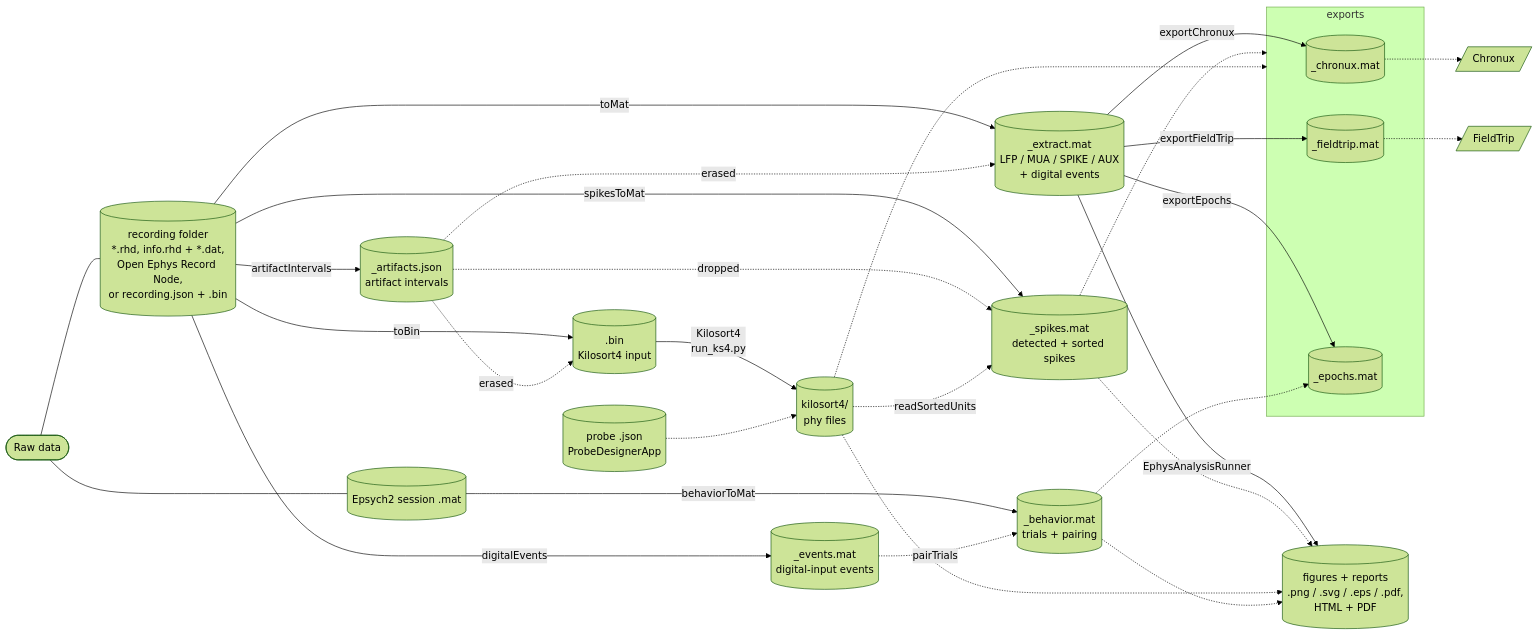
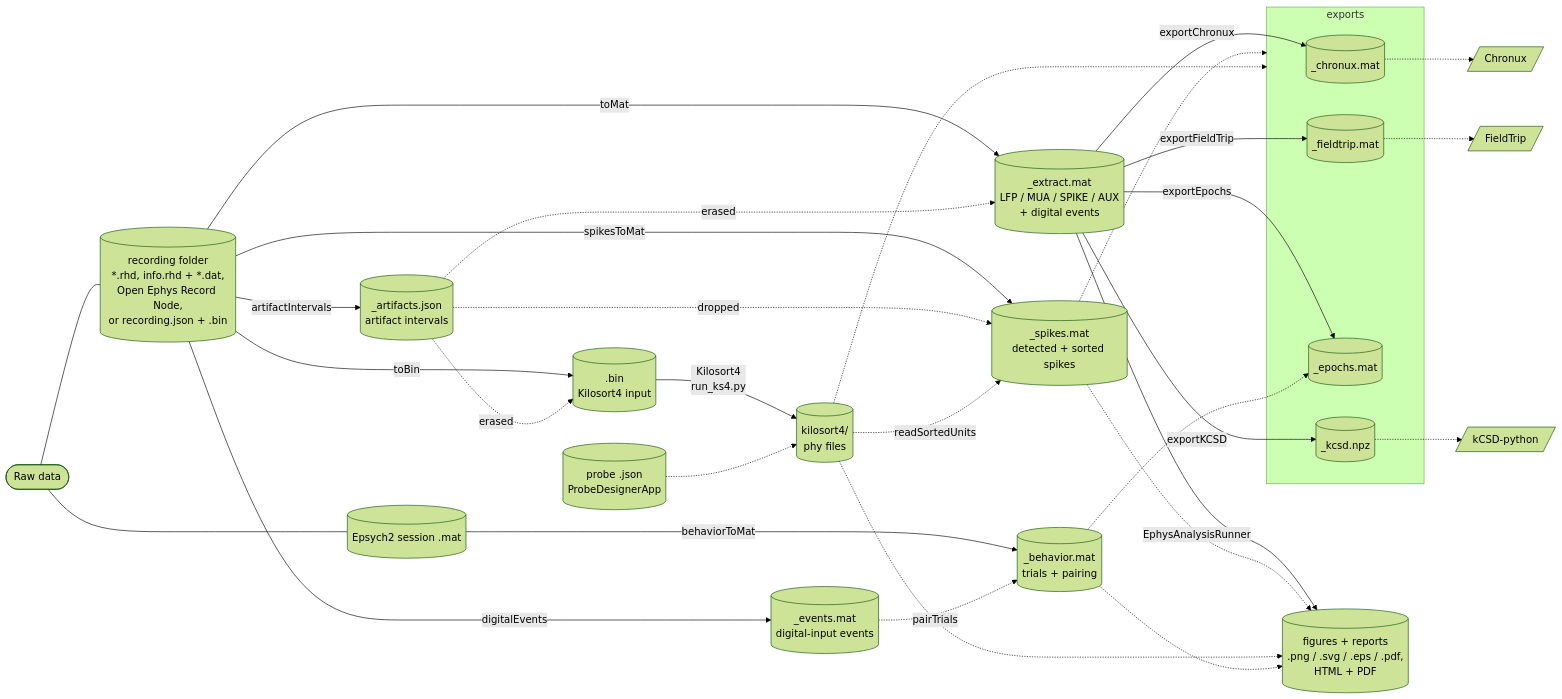
One commit to dstolz/ephys_analysis changed the diagram in documentation/README.md. Above: the diagram before and after it, drawn with Mermaid (forest theme). The commit also changed other lines of this file and 35 other files, not shown here.

First line of the commit message:
Add kCSD-python export (ele_pos/pots .npz) and a cleanup place

````diff
--- a/documentation/README.md
+++ b/documentation/README.md
@@ -54,37 +54,40 @@
 ```mermaid
 flowchart LR
     RAW(["Raw data"])
     RAW --- REC[("recording folder<br/>*.rhd, info.rhd + *.dat,<br/>Open Ephys Record Node,<br/>or recording.json + .bin")]
     RAW --- BEH[(Epsych2 session .mat)]
 
     REC -- digitalEvents --> EVT[("_events.mat<br/>digital-input events")]
     REC -- artifactIntervals --> ART[("_artifacts.json<br/>artifact intervals")]
     REC -- toBin --> BIN[(".bin<br/>Kilosort4 input")]
     REC -- toMat --> MAT[("_extract.mat<br/>LFP / MUA / SPIKE / AUX<br/>+ digital events")]
     REC -- spikesToMat --> SPK[("_spikes.mat<br/>detected + sorted spikes")]
     BEH -- behaviorToMat ----> BMAT[("_behavior.mat<br/>trials + pairing")]
 
     ART -. erased .-> BIN
     ART -. erased .-> MAT
     ART -. dropped .-> SPK
     BIN -- "Kilosort4<br/>run_ks4.py" --> KS[("kilosort4/<br/>phy files")]
     PRB[("probe .json<br/>ProbeDesignerApp")] -.-> KS
     KS -. readSortedUnits .-> SPK
     EVT -. pairTrials .-> BMAT
 
     subgraph EXP["exports"]
         CHX[(_chronux.mat)]
         FTX[(_fieldtrip.mat)]
         EPO[(_epochs.mat)]
+        KCX[(_kcsd.npz)]
     end
     MAT -- exportChronux --> CHX
     MAT -- exportFieldTrip --> FTX
     MAT -- exportEpochs --> EPO
+    MAT -- exportKCSD --> KCX
     SPK & KS -.-> EXP
     BMAT -.-> EPO
     CHX -.-> CHRONUX[/Chronux/]
     FTX -.-> FIELDTRIP[/FieldTrip/]
+    KCX -.-> KCSD[/kCSD-python/]
 
     MAT -- EphysAnalysisRunner --> FIGS[("figures + reports<br/>.png / .svg / .eps / .pdf,<br/>HTML + PDF")]
     SPK & KS & BMAT -.-> FIGS
 ```
````
